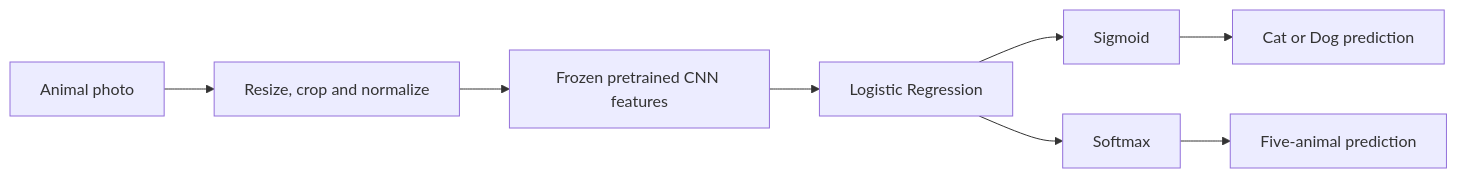
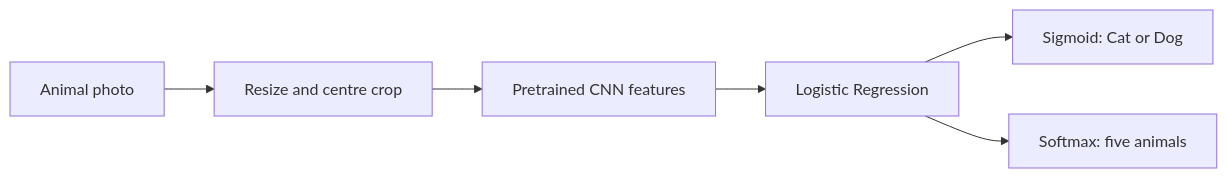
Before and after one commit to himanshurajkhowa/animal-image-classifier: the diagram in README.md, drawn with Mermaid. The commit also changed other lines of this file and 4 other files, not shown here.

````diff
--- a/README.md
+++ b/README.md
@@ -63,10 +13,8 @@
 ```mermaid
 flowchart LR
-    A[Animal photo] --> B[Resize, crop and normalize]
-    B --> C[Frozen pretrained CNN features]
-    C --> D[Logistic Regression]
-    D --> E[Sigmoid]
-    D --> F[Softmax]
-    E --> G[Cat or Dog prediction]
-    F --> H[Five-animal prediction]
+    image[Animal photo] --> prep[Resize and centre crop]
+    prep --> cnn[Pretrained CNN features]
+    cnn --> lr[Logistic Regression]
+    lr --> sigmoid[Sigmoid: Cat or Dog]
+    lr --> softmax[Softmax: five animals]
 ```
````
